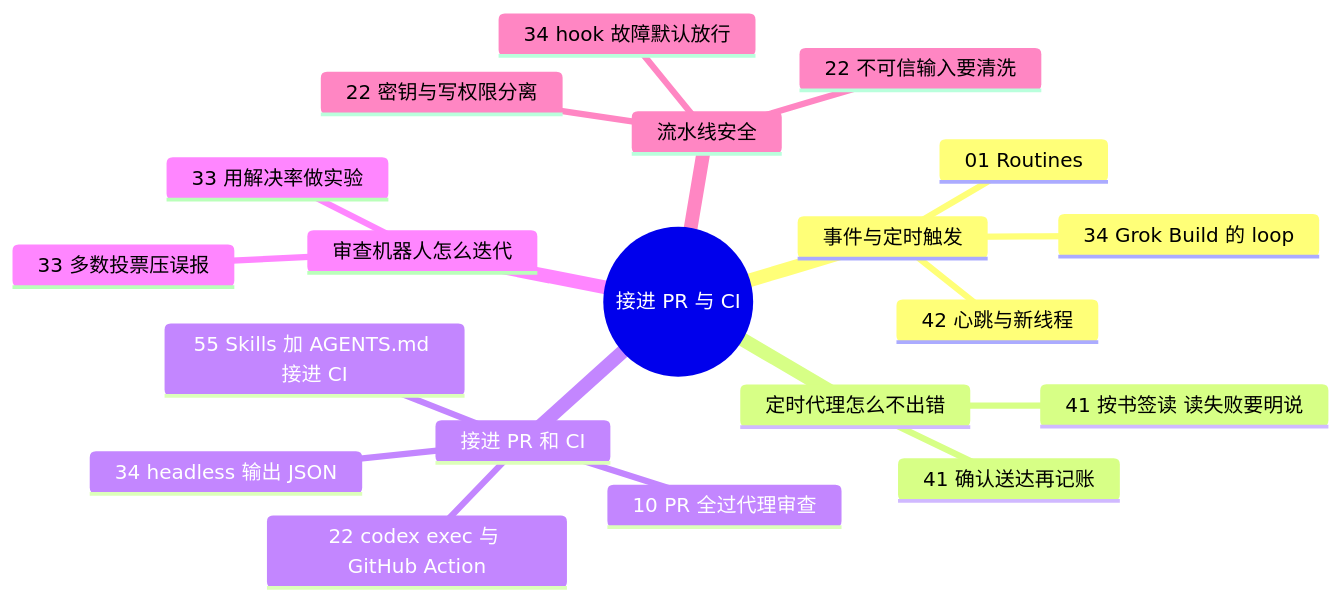
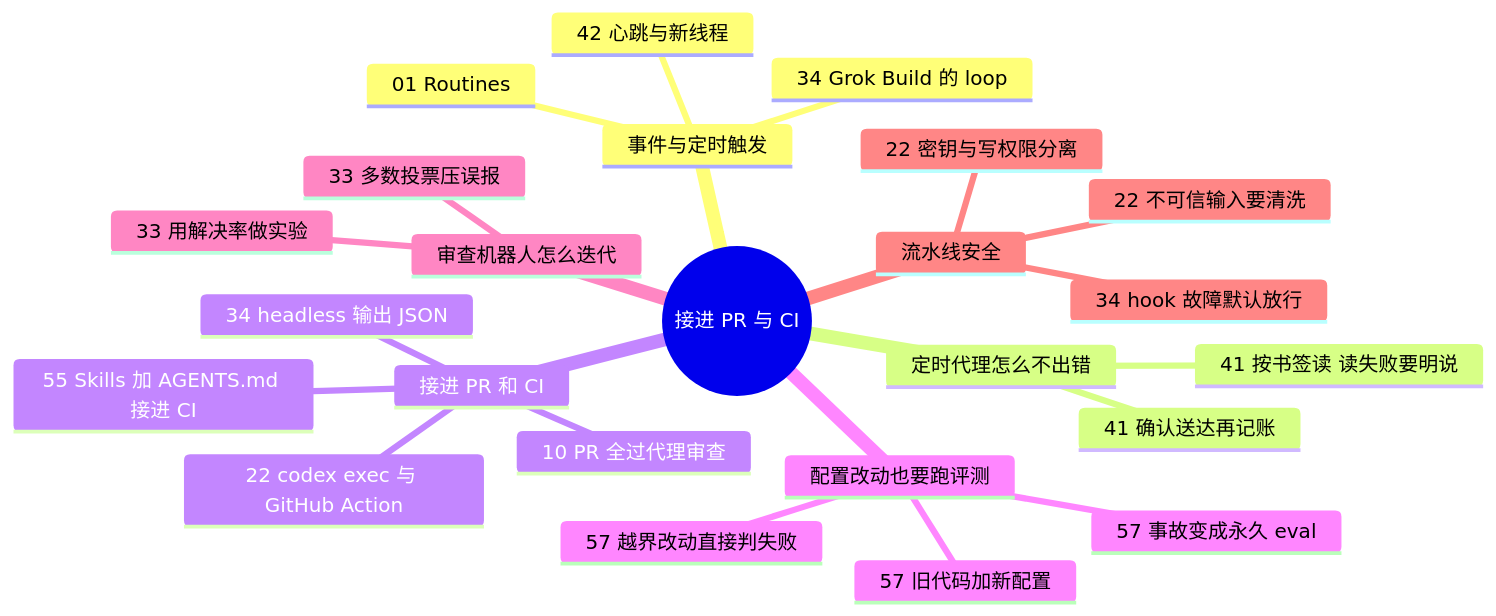
Before and after one commit to yzw7489757/ai-coding-videos: the diagram in docs/guide/ci.md, drawn with Mermaid. The commit also changed other lines of this file and 16 other files, not shown here.

````diff
--- a/docs/guide/ci.md
+++ b/docs/guide/ci.md
@@ -13,23 +13,27 @@
 ```mermaid
 mindmap
   root((接进 PR 与 CI))
     事件与定时触发
       01 Routines
       34 Grok Build 的 loop
       42 心跳与新线程
     定时代理怎么不出错
       41 按书签读 读失败要明说
       41 确认送达再记账
     接进 PR 和 CI
       10 PR 全过代理审查
       22 codex exec 与 GitHub Action
       55 Skills 加 AGENTS.md 接进 CI
       34 headless 输出 JSON
+    配置改动也要跑评测
+      57 旧代码加新配置
+      57 越界改动直接判失败
+      57 事故变成永久 eval
     审查机器人怎么迭代
       33 多数投票压误报
       33 用解决率做实验
     流水线安全
       22 密钥与写权限分离
       34 hook 故障默认放行
       22 不可信输入要清洗
 ```
````
